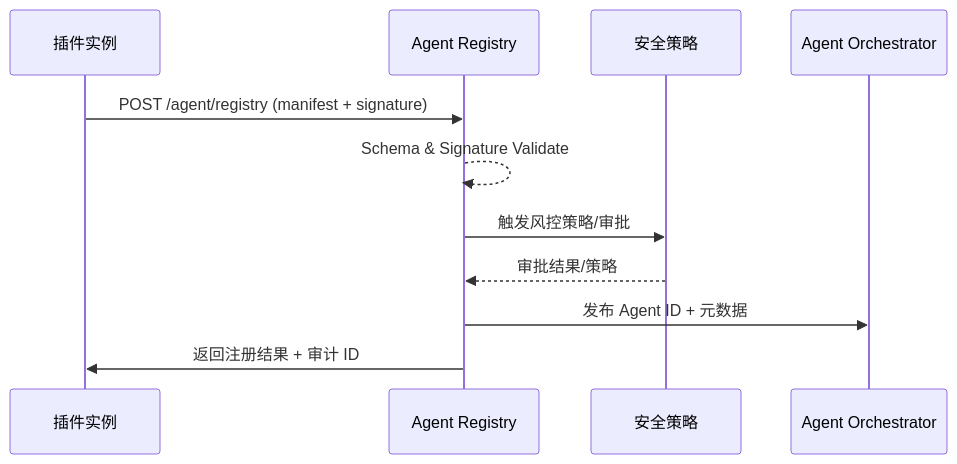
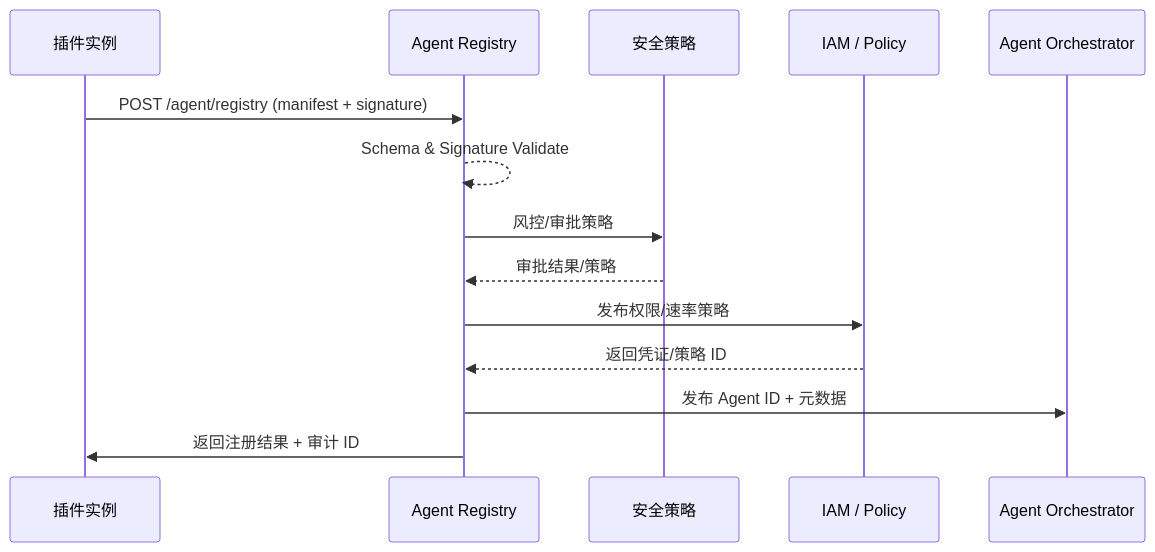
One commit to ArtisanCloud/PowerXDoc changed the diagram in docs/scenarios/agent-orchestration/SCN-AGENT-REG-AUTO-001.md. Above: the diagram before and after it, drawn with Mermaid. The commit also changed other lines of this file and 515 other files, not shown here.

````diff
--- a/docs/scenarios/agent-orchestration/SCN-AGENT-REG-AUTO-001.md
+++ b/docs/scenarios/agent-orchestration/SCN-AGENT-REG-AUTO-001.md
@@ -55,14 +57,17 @@
 ```mermaid
 sequenceDiagram
   participant Plugin as 插件实例
   participant Registry as Agent Registry
   participant Security as 安全策略
+  participant IAM as IAM / Policy
   participant Orchestrator as Agent Orchestrator
 
   Plugin->>Registry: POST /agent/registry (manifest + signature)
   Registry-->>Registry: Schema & Signature Validate
-  Registry->>Security: 触发风控策略/审批
+  Registry->>Security: 风控/审批策略
   Security-->>Registry: 审批结果/策略
+  Registry->>IAM: 发布权限/速率策略
+  IAM-->>Registry: 返回凭证/策略 ID
   Registry->>Orchestrator: 发布 Agent ID + 元数据
   Registry->>Plugin: 返回注册结果 + 审计 ID
 ```
````
